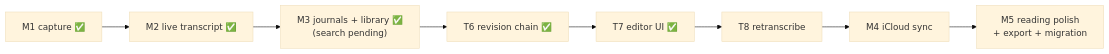
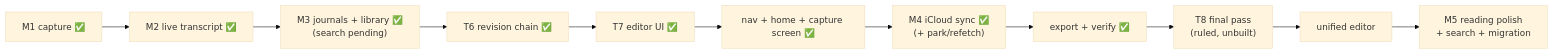
One commit to nicolovejoy/raconte changed the fourth of 4 diagrams in docs/overview.md. Above: the diagram before and after it, drawn with Mermaid (base theme). The commit also changed other lines of this file, not shown here.

````diff
--- a/docs/overview.md
+++ b/docs/overview.md
@@ -357,4 +456,4 @@
 ```mermaid
 flowchart LR
-    M1["M1 capture ✅"] --> M2["M2 live transcript ✅"] --> M3["M3 journals + library ✅\n(search pending)"] --> T6["T6 revision chain ✅"] --> T7["T7 editor UI ✅"] --> T8["T8 retranscribe"] --> M4["M4 iCloud sync"] --> M5["M5 reading polish\n+ export + migration"]
+    M1["M1 capture ✅"] --> M2["M2 live transcript ✅"] --> M3["M3 journals + library ✅\n(search pending)"] --> T6["T6 revision chain ✅"] --> T7["T7 editor UI ✅"] --> NAV["nav + home + capture screen ✅"] --> M4["M4 iCloud sync ✅\n(+ park/refetch)"] --> EX["export + verify ✅"] --> T8["T8 final pass\n(ruled, unbuilt)"] --> UE["unified editor"] --> M5["M5 reading polish\n+ search + migration"]
 ```
````
